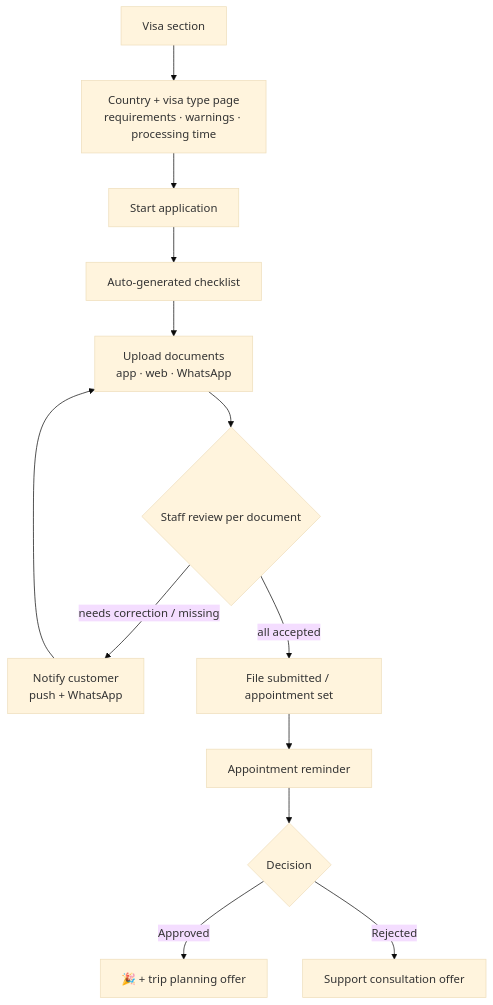
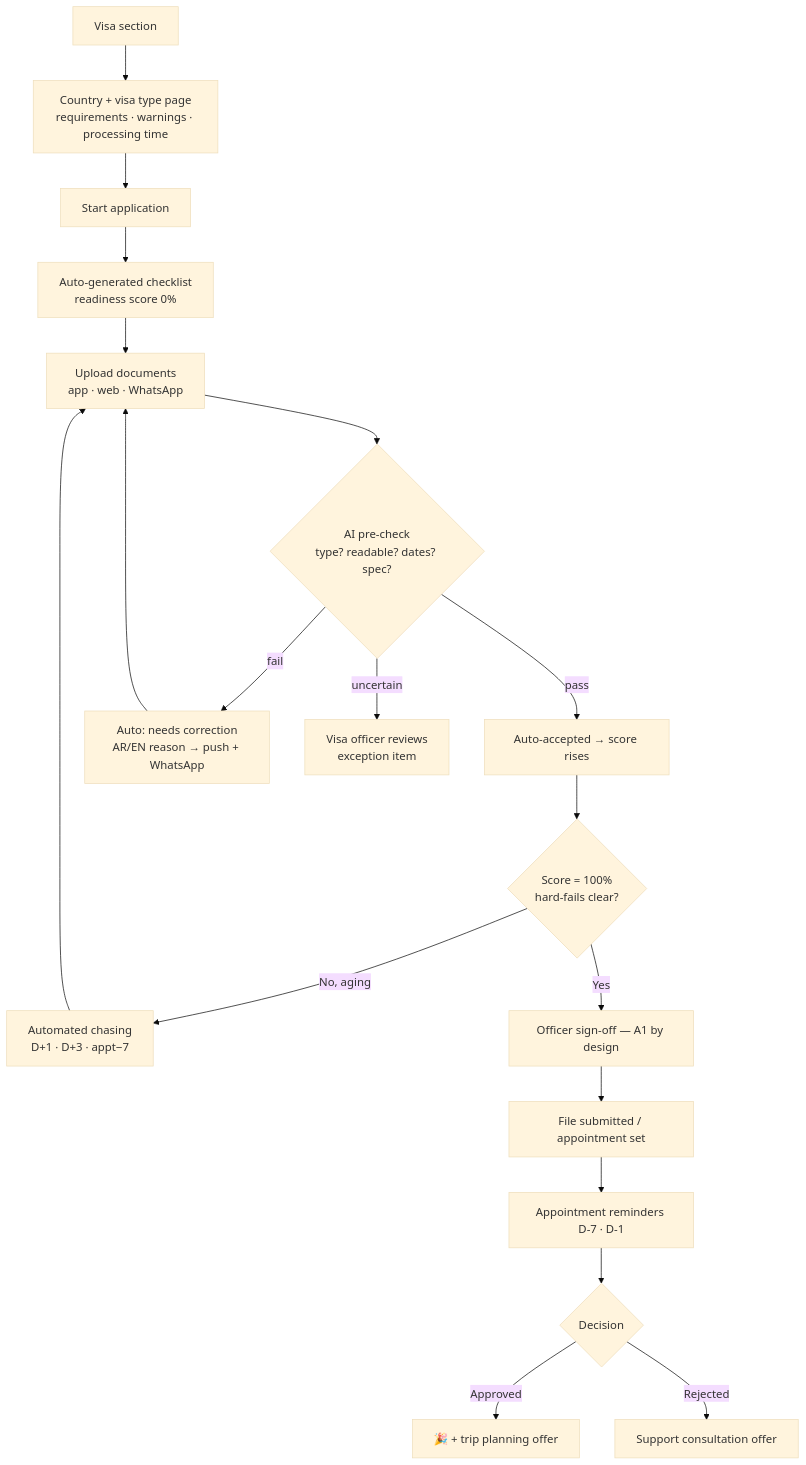
One commit to basherof/oil11111 changed the third of 8 diagrams in design/user-flows.md. Above: the diagram before and after it, drawn with Mermaid (base theme). The commit also changed other lines of this file and 13 other files, not shown here.

````diff
--- a/design/user-flows.md
+++ b/design/user-flows.md
@@ -57,12 +63,16 @@
 ```mermaid
 flowchart TD
     VS[Visa section] --> VC[Country + visa type page<br/>requirements · warnings · processing time]
-    VC --> START[Start application] --> CL[Auto-generated checklist]
+    VC --> START[Start application] --> CL[Auto-generated checklist<br/>readiness score 0%]
     CL --> UP[Upload documents<br/>app · web · WhatsApp]
-    UP --> REV{Staff review per document}
-    REV -->|needs correction / missing| NOTIF[Notify customer<br/>push + WhatsApp] --> UP
-    REV -->|all accepted| SUB[File submitted / appointment set]
-    SUB --> APPT[Appointment reminder] --> DEC{Decision}
+    UP --> AI{AI pre-check<br/>type? readable? dates? spec?}
+    AI -->|pass| ACC[Auto-accepted → score rises]
+    AI -->|fail| CORR[Auto: needs correction<br/>AR/EN reason → push + WhatsApp] --> UP
+    AI -->|uncertain| OFF[Visa officer reviews<br/>exception item]
+    ACC --> SCORE{Score = 100%<br/>hard-fails clear?}
+    SCORE -->|No, aging| CHASE[Automated chasing<br/>D+1 · D+3 · appt−7] --> UP
+    SCORE -->|Yes| SIGN[Officer sign-off — A1 by design] --> SUB[File submitted / appointment set]
+    SUB --> APPT[Appointment reminders D-7 · D-1] --> DEC{Decision}
     DEC -->|Approved| DONE[🎉 + trip planning offer]
     DEC -->|Rejected| SUPRT[Support consultation offer]
 ```
````
